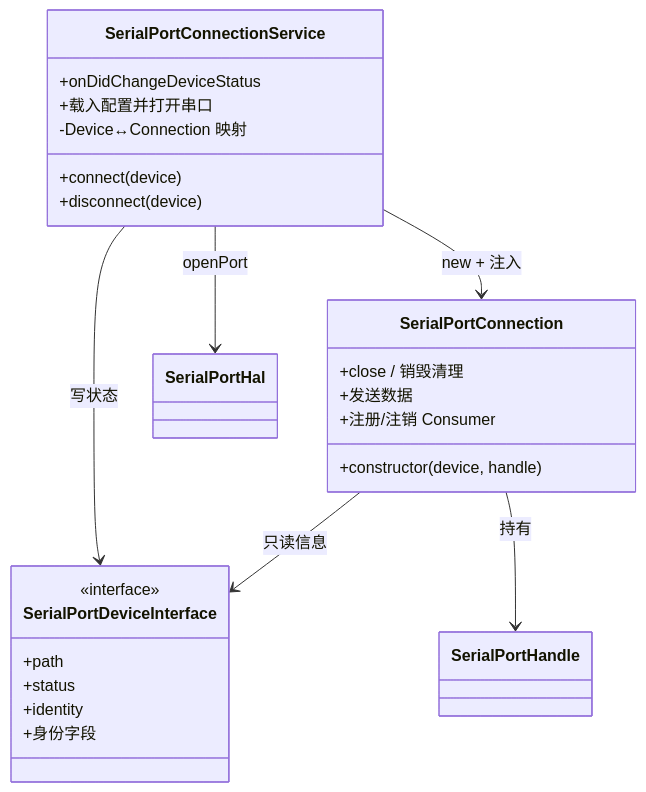
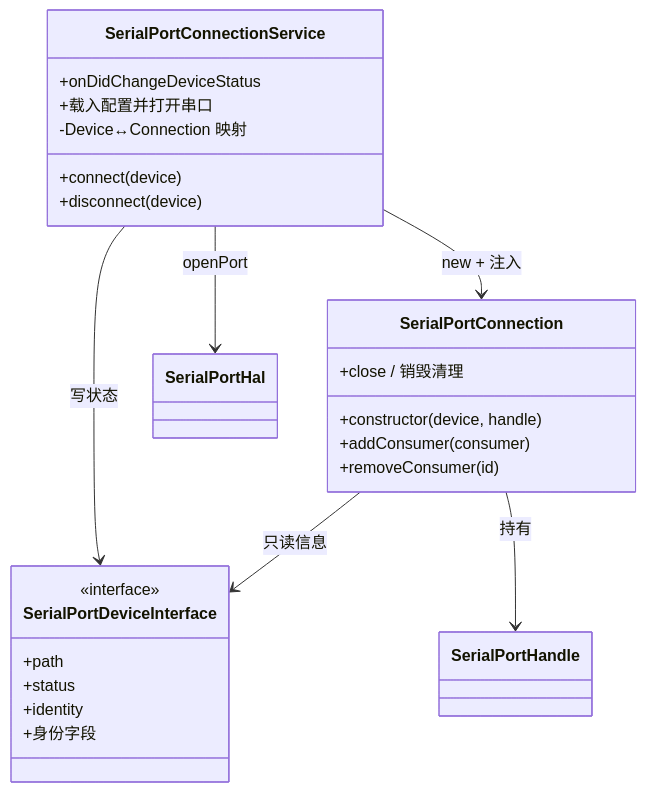
Before and after one commit to ziqiang-zhu/vscode-serial-port-terminal: the third of 3 diagrams in doc/SerialPortConnection设计.md, drawn with Mermaid. The commit also changed other lines of this file and 9 other files, not shown here.

````diff
--- a/doc/SerialPortConnection设计.md
+++ b/doc/SerialPortConnection设计.md
@@ -124,28 +126,28 @@
 ```mermaid
 classDiagram
     class SerialPortConnectionService {
         +connect(device)
         +disconnect(device)
         +onDidChangeDeviceStatus
         +载入配置并打开串口
         -Device↔Connection 映射
     }
     class SerialPortConnection {
         +constructor(device, handle)
         +close / 销毁清理
-        +发送数据
-        +注册/注销 Consumer
+        +addConsumer(consumer)
+        +removeConsumer(id)
     }
     class SerialPortDeviceInterface {
         <<interface>>
         +path
         +status
         +identity
         +身份字段
     }
     SerialPortConnectionService --> SerialPortConnection : new + 注入
     SerialPortConnectionService --> SerialPortDeviceInterface : 写状态
     SerialPortConnection --> SerialPortDeviceInterface : 只读信息
     SerialPortConnectionService --> SerialPortHal : openPort
     SerialPortConnection --> SerialPortHandle : 持有
 ```
````
